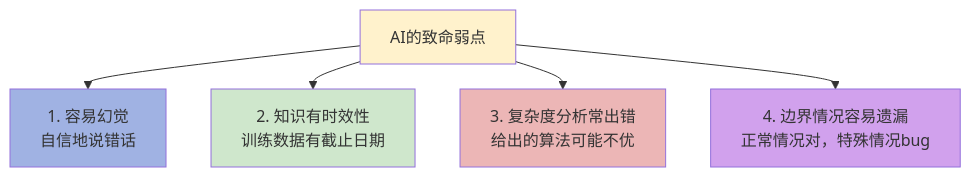
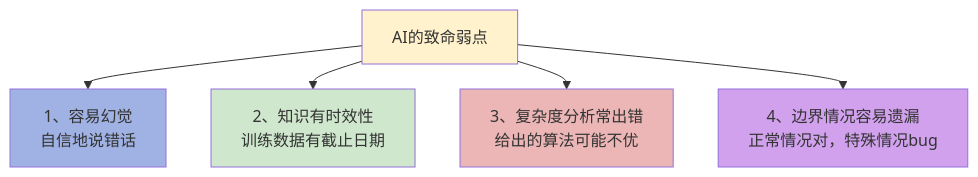
Before and after one commit to microwind/algorithms: the fourth of 5 diagrams in start-here/Why-Programmers-35-Plus-Are-Thriving-in-AI-Era.md, drawn with Mermaid. The commit also changed other lines of this file and 1 other file, not shown here.

````diff
--- a/start-here/Why-Programmers-35-Plus-Are-Thriving-in-AI-Era.md
+++ b/start-here/Why-Programmers-35-Plus-Are-Thriving-in-AI-Era.md
@@ -282,14 +289,14 @@
 ```mermaid
 %%{init: {'flowchart': {'nodeSpacing': 45, 'rankSpacing': 25, 'padding': 15}}}%%
 graph TD
-    A["AI的致命弱点"] --> B["1. 容易幻觉<br/>自信地说错话"]
-    A --> C["2. 知识有时效性<br/>训练数据有截止日期"]
-    A --> D["3. 复杂度分析常出错<br/>给出的算法可能不优"]
-    A --> E["4. 边界情况容易遗漏<br/>正常情况对，特殊情况bug"]
+    A["AI的致命弱点"] --> B["1、容易幻觉<br/>自信地说错话"]
+    A --> C["2、知识有时效性<br/>训练数据有截止日期"]
+    A --> D["3、复杂度分析常出错<br/>给出的算法可能不优"]
+    A --> E["4、边界情况容易遗漏<br/>正常情况对，特殊情况bug"]
 
     style A fill:#fff2cc
     style B fill:#A0B2E3
     style C fill:#CFE7CC
     style D fill:#ECB6B6
     style E fill:#D1A1ED
 ```
````
